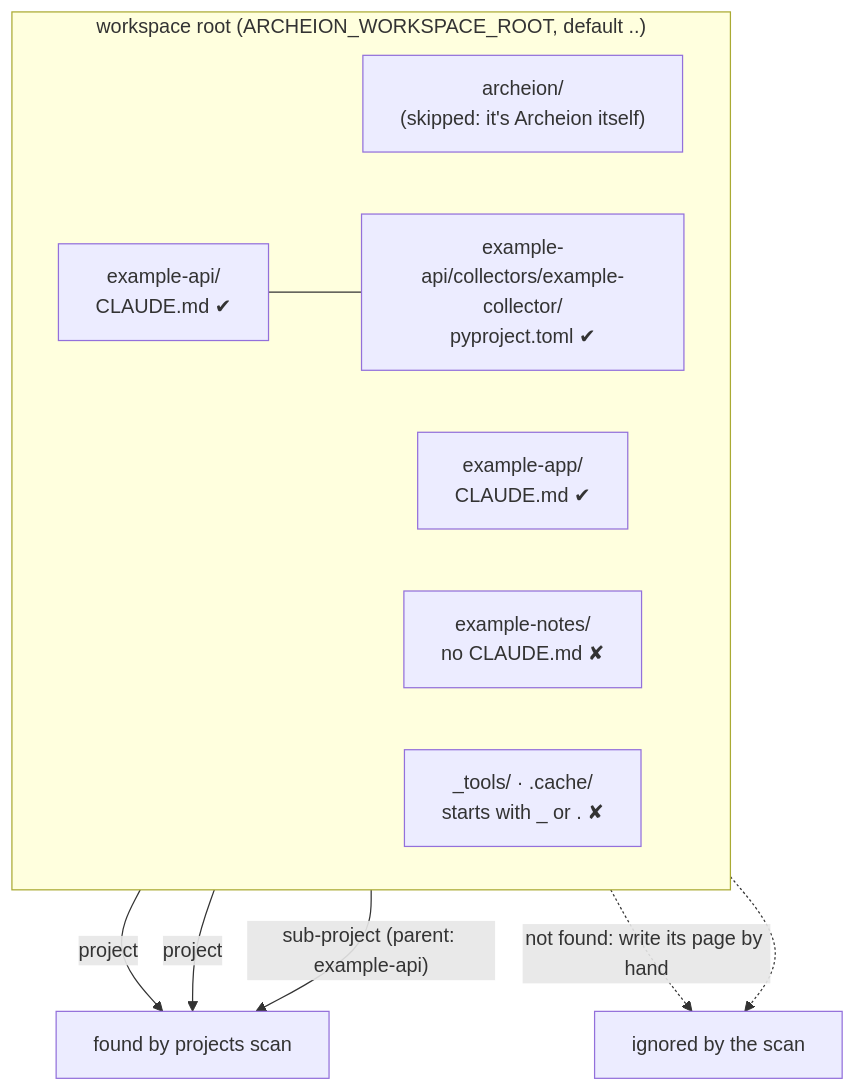
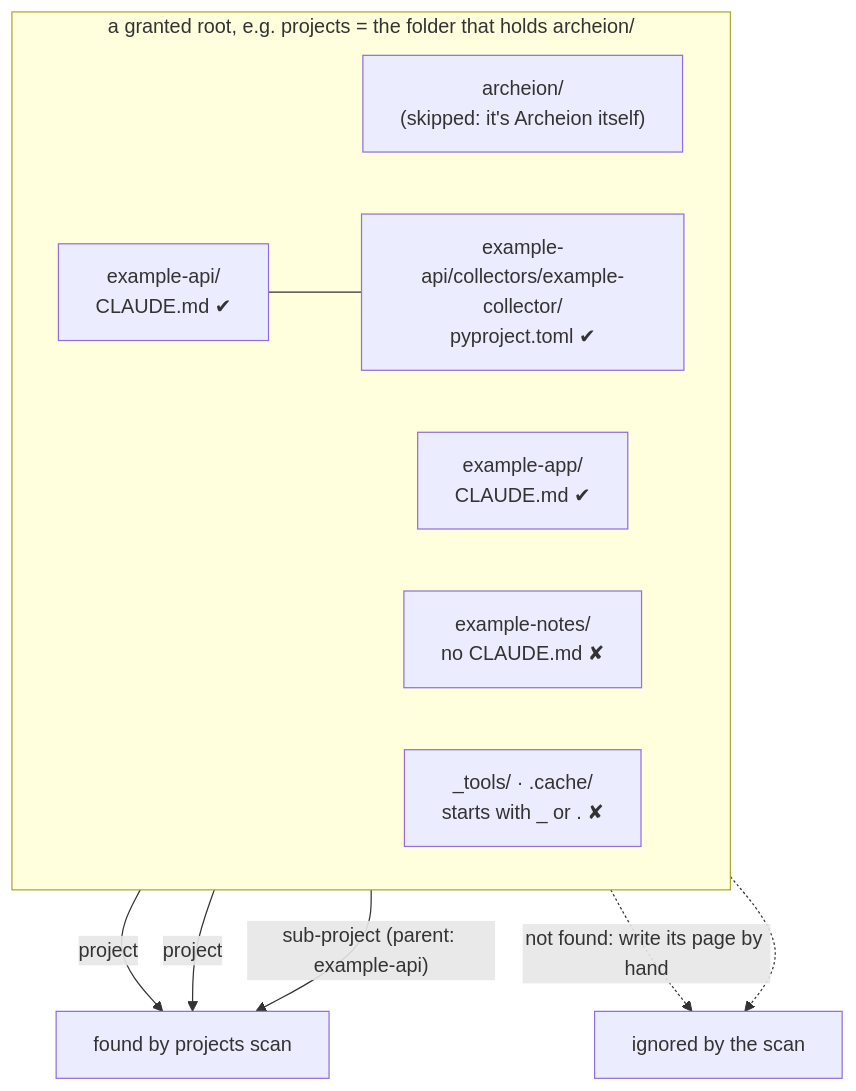
One commit to Aricato15/Archeion changed the second of 4 diagrams in README.md. Above: the diagram before and after it, drawn with Mermaid. The commit also changed other lines of this file and 19 other files, not shown here.

First line of the commit message:
feat(roots): grant no root by default

````diff
--- a/README.md
+++ b/README.md
@@ -83,18 +85,18 @@
 ```mermaid
 flowchart TB
-  subgraph ws["workspace root (ARCHEION_WORKSPACE_ROOT, default ..)"]
+  subgraph ws["a granted root, e.g. projects = the folder that holds archeion/"]
     direction LR
     A["archeion/<br/>(skipped: it's Archeion itself)"]
     P1["example-app/<br/>CLAUDE.md ✔"]
     P2["example-api/<br/>CLAUDE.md ✔"]
     S["example-api/collectors/example-collector/<br/>pyproject.toml ✔"]
     N1["example-notes/<br/>no CLAUDE.md ✘"]
     N2["_tools/ · .cache/<br/>starts with _ or . ✘"]
     P2 --- S
   end
   P1 -- project --> F["found by projects scan"]
   P2 -- project --> F
   S -- "sub-project (parent: example-api)" --> F
   N1 -. "not found: write its page by hand" .-> X["ignored by the scan"]
   N2 -.-> X
 ```
````
